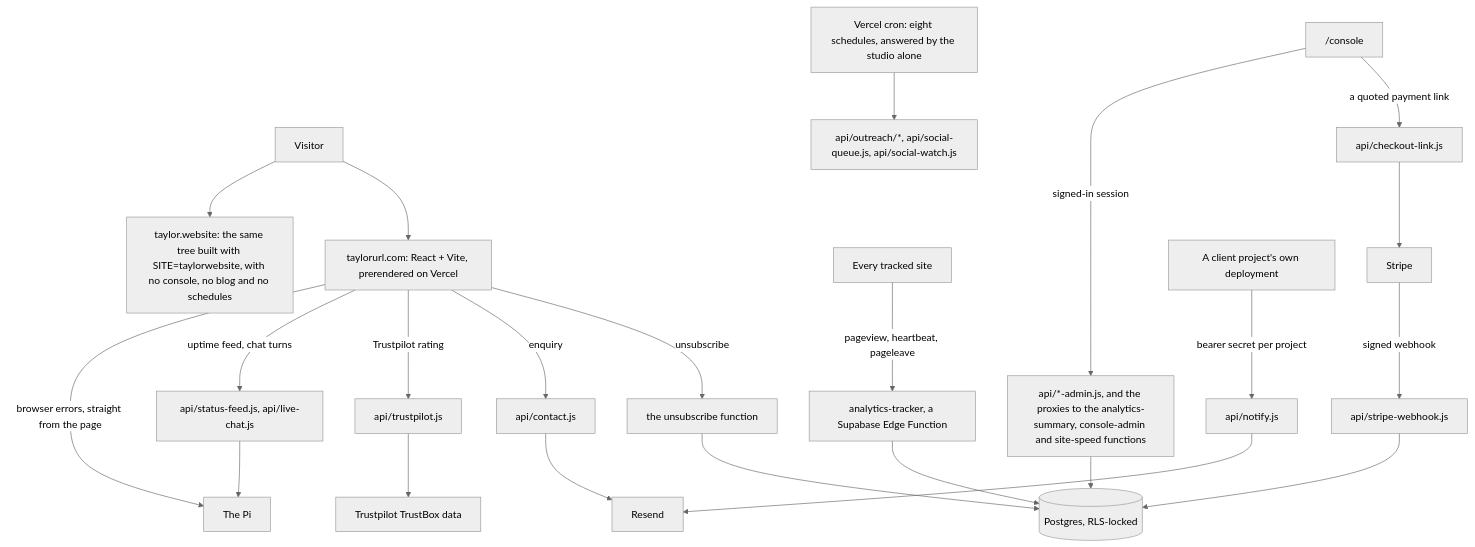
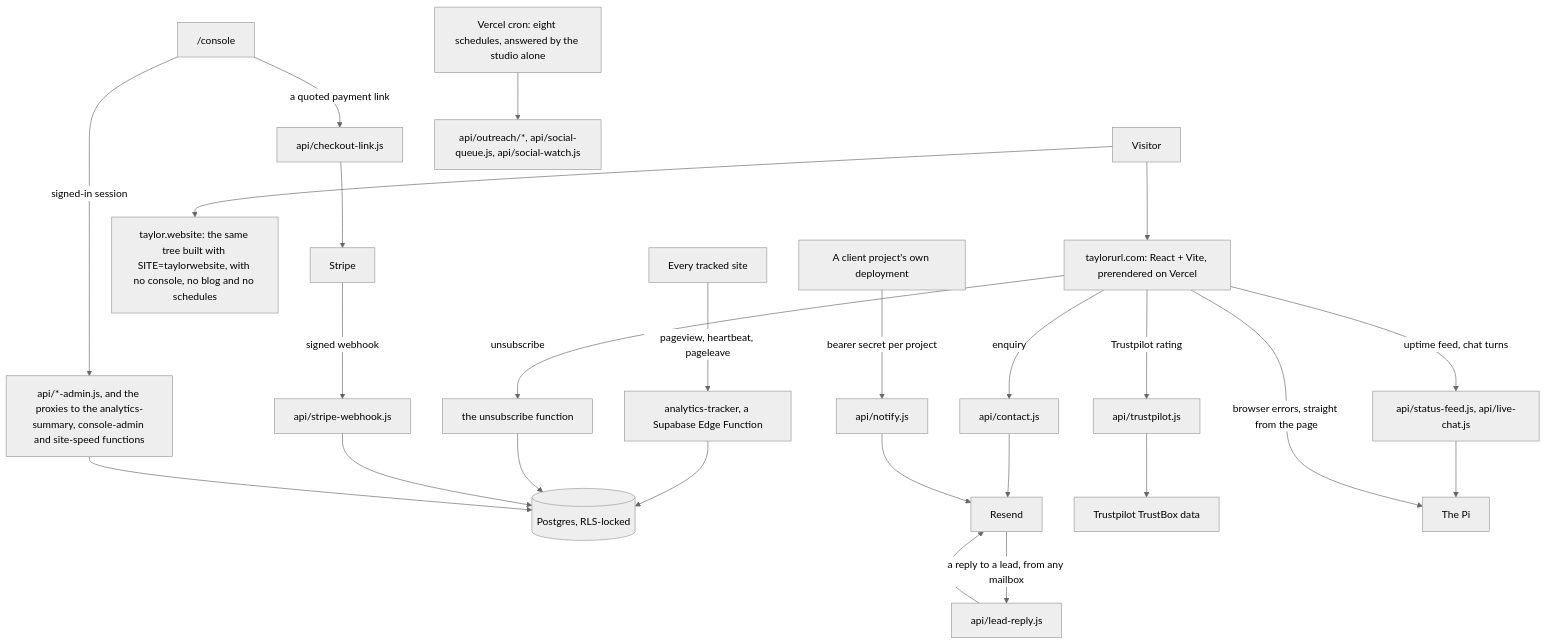
The diagram in README.md (TaylorURL/taylorurl-com), drawn with Mermaid (neutral theme) before and after one commit. The commit also changed 10 other files, not shown here.

First line of the commit message:
Answer a lead from any mailbox and have the record know

````diff
--- a/README.md
+++ b/README.md
@@ -111,16 +111,17 @@
 ```mermaid
 flowchart TD
     V["Visitor"] --> Site["taylorurl.com: React + Vite, prerendered on Vercel"]
     V --> Sub["taylor.website: the same tree built with SITE=taylorwebsite, with no console, no blog and no schedules"]
     Any["Every tracked site"] -->|"pageview, heartbeat, pageleave"| IN["analytics-tracker, a Supabase Edge Function"]
     IN --> DB[("Postgres, RLS-locked")]
     Site -->|"unsubscribe"| EF["the unsubscribe function"] --> DB
     Site -->|"enquiry"| CT["api/contact.js"] --> RS["Resend"]
+    RS -->|"a reply to a lead, from any mailbox"| LR["api/lead-reply.js"] --> RS
     Console["/console"] -->|"a quoted payment link"| CK["api/checkout-link.js"] --> ST["Stripe"] -->|"signed webhook"| WH["api/stripe-webhook.js"] --> DB
     Site -->|"Trustpilot rating"| TP["api/trustpilot.js"] --> TB["Trustpilot TrustBox data"]
     Site -->|"uptime feed, chat turns"| PX["api/status-feed.js, api/live-chat.js"] --> PI["The Pi"]
     Site -->|"browser errors, straight from the page"| PI
     Console -->|"signed-in session"| ADM["api/*-admin.js, and the proxies to the analytics-summary, console-admin and site-speed functions"] --> DB
     Client["A client project's own deployment"] -->|"bearer secret per project"| NF["api/notify.js"] --> RS
     Cron["Vercel cron: eight schedules, answered by the studio alone"] --> Jobs["api/outreach/*, api/social-queue.js, api/social-watch.js"]
 ```
````
